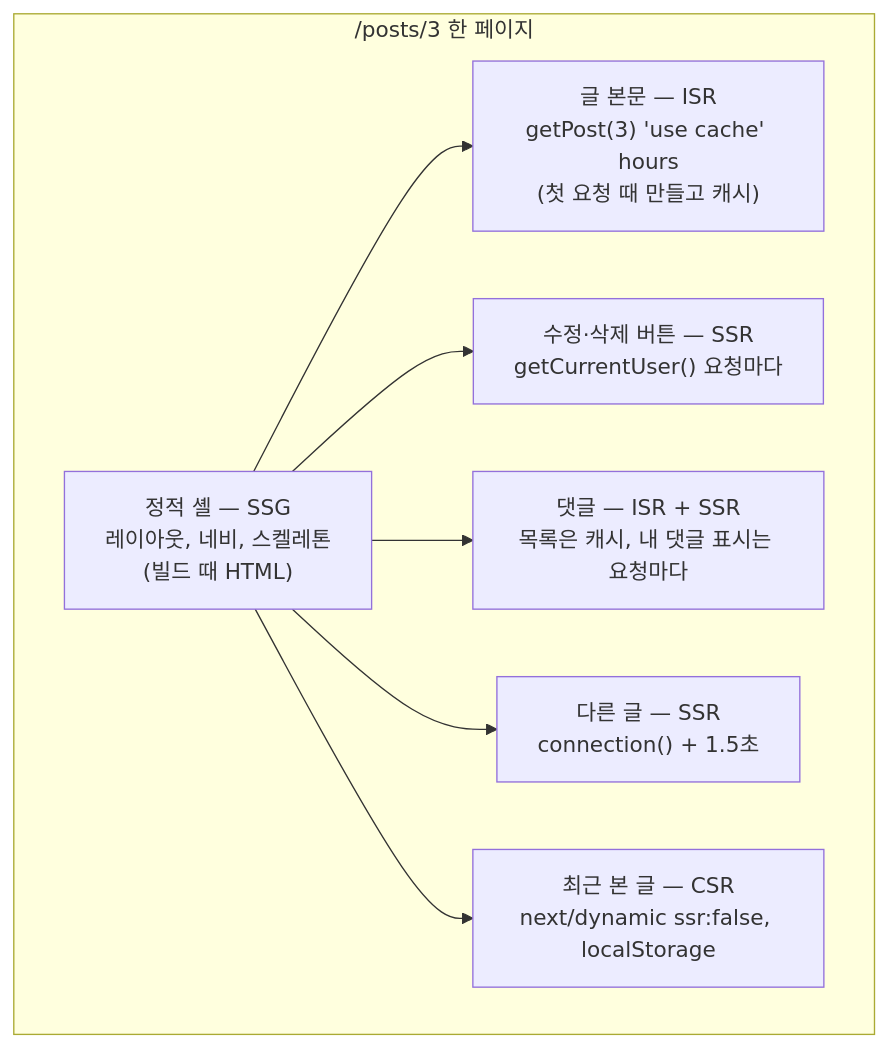
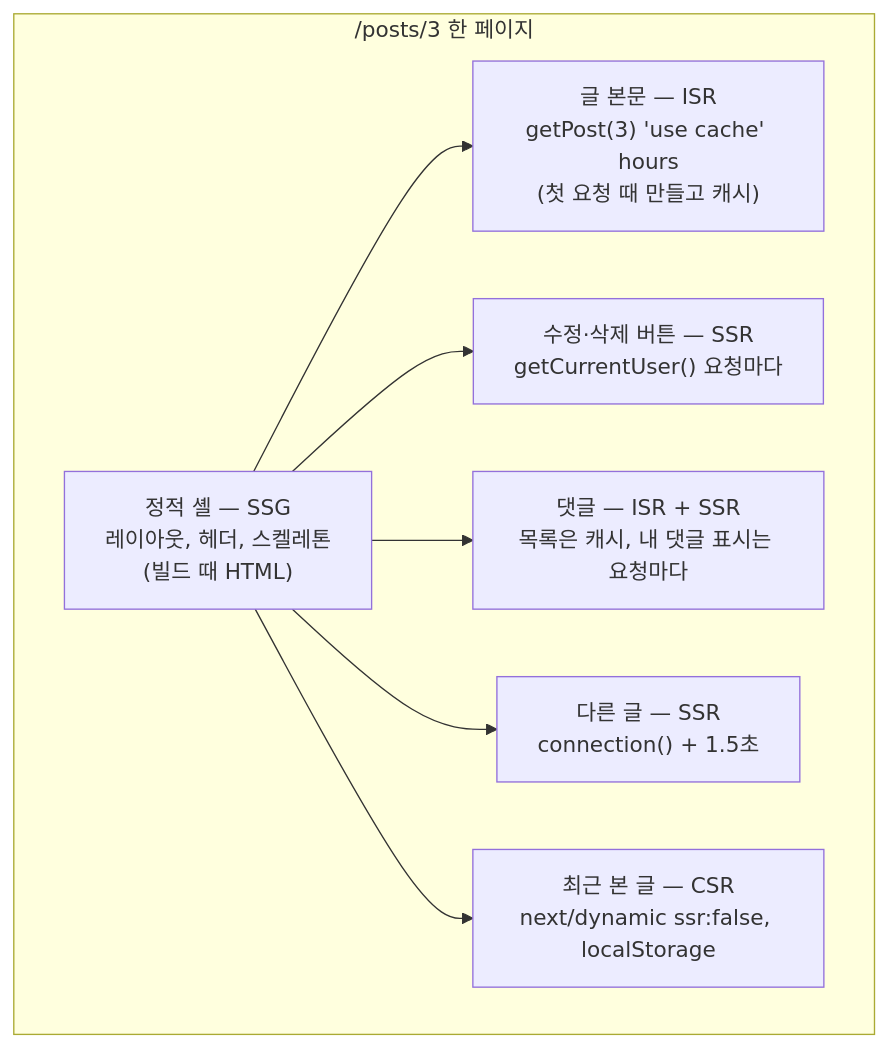
Diagram 38 of 39 in docs/CODE_WALKTHROUGH.md (kspark-sqisoft/next-js-study-app), drawn with Mermaid before and after one commit. The commit also changed other lines of this file and 11 other files, not shown here.

````diff
--- a/docs/CODE_WALKTHROUGH.md
+++ b/docs/CODE_WALKTHROUGH.md
@@ -2065,12 +2074,12 @@
 ```mermaid
 flowchart TB
   subgraph PAGE["/posts/3 한 페이지"]
-    SHELL["정적 셸 — SSG<br/>레이아웃, 네비, 스켈레톤<br/>(빌드 때 HTML)"]
+    SHELL["정적 셸 — SSG<br/>레이아웃, 헤더, 스켈레톤<br/>(빌드 때 HTML)"]
     BODY["글 본문 — ISR<br/>getPost(3) 'use cache' hours<br/>(첫 요청 때 만들고 캐시)"]
     OWN["수정·삭제 버튼 — SSR<br/>getCurrentUser() 요청마다"]
     CMT["댓글 — ISR + SSR<br/>목록은 캐시, 내 댓글 표시는 요청마다"]
     OTHER["다른 글 — SSR<br/>connection() + 1.5초"]
     RV["최근 본 글 — CSR<br/>next/dynamic ssr:false, localStorage"]
   end
   SHELL --> BODY & OWN & CMT & OTHER & RV
 ```
````
